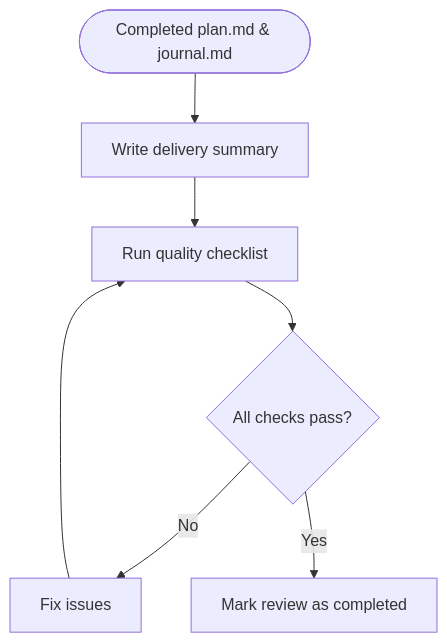
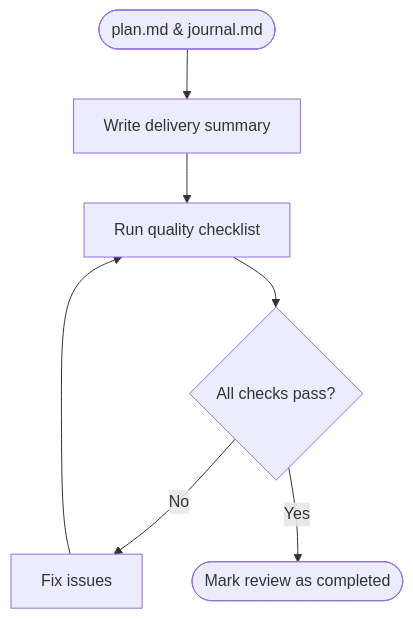
The diagram in core/skills/flower/references/review.md (itsnamor/flower), drawn with Mermaid before and after one commit.

Commit message:
fix(flower): fix mermaid flowchart syntax in review.md
Use terminal node syntax ([...]) for the Done node and shorten
the Start node label for consistency with other phase diagrams.

````diff
--- a/core/skills/flower/references/review.md
+++ b/core/skills/flower/references/review.md
@@ -7,9 +7,9 @@
 ```mermaid
 flowchart TD
-    Start([Completed plan.md & journal.md]) --> S[Write delivery summary]
+    Start([plan.md & journal.md]) --> S[Write delivery summary]
     S --> CL[Run quality checklist]
     CL --> CF{All checks pass?}
     CF -- No --> Fix[Fix issues]
     Fix --> CL
-    CF -- Yes --> Done[Mark review as completed]
+    CF -- Yes --> Done([Mark review as completed])
 ```
````
